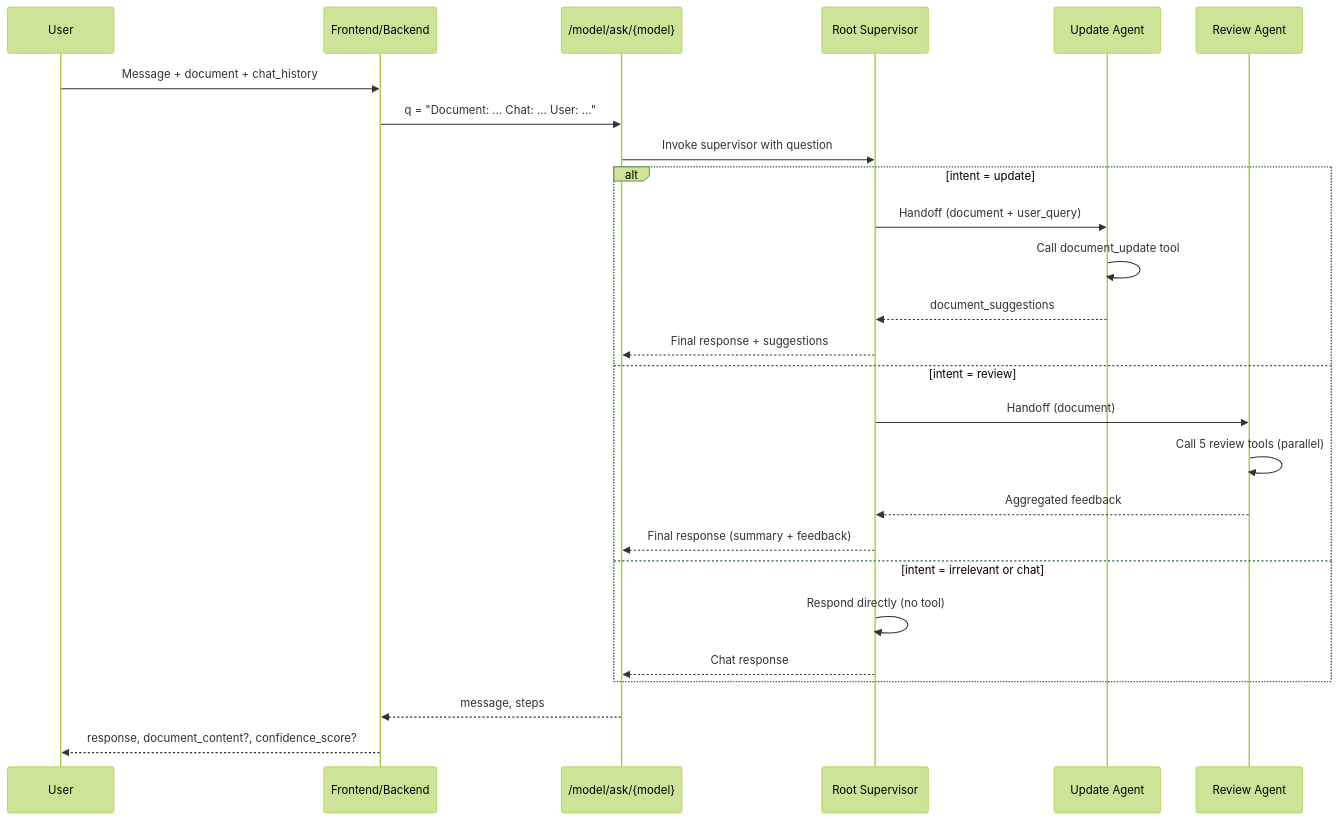
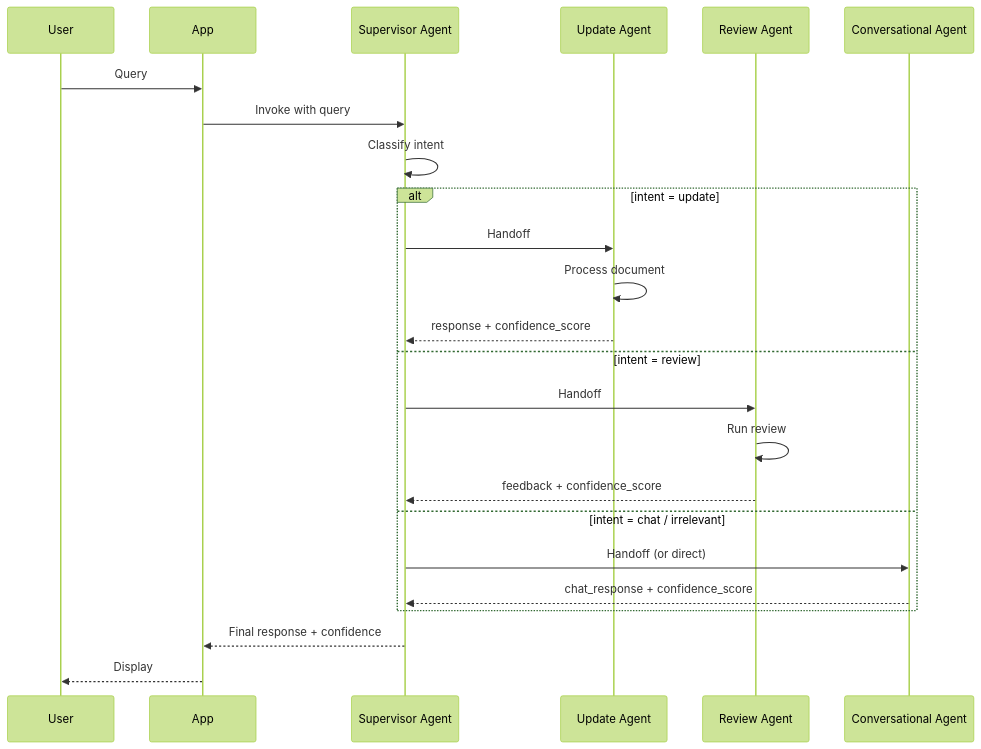
The sixth of 7 diagrams in mermaid-imp.md (Harsha-Reddy21/multi-agent-idea-generator), drawn with Mermaid (forest theme) before and after one commit. The commit also changed other lines of this file, not shown here.

Commit message:
Mermaid final

````diff
--- a/mermaid-imp.md
+++ b/mermaid-imp.md
@@ -66,32 +164,30 @@
 ```mermaid
 sequenceDiagram
     participant User
-    participant App as Frontend/Backend
-    participant Cortex as /model/ask/{model}
-    participant Sup as Root Supervisor
+    participant App
+    participant Sup as Supervisor Agent
     participant Upd as Update Agent
     participant Rev as Review Agent
+    participant Conv as Conversational Agent
     
-    User->>App: Message + document + chat_history
-    App->>Cortex: q = "Document: ... Chat: ... User: ..."
+    User->>App: Query
+    App->>Sup: Invoke with query
     
-    Cortex->>Sup: Invoke supervisor with question
+    Sup->>Sup: Classify intent
     
     alt intent = update
-        Sup->>Upd: Handoff (document + user_query)
-        Upd->>Upd: Call document_update tool
-        Upd-->>Sup: document_suggestions
-        Sup-->>Cortex: Final response + suggestions
+        Sup->>Upd: Handoff
+        Upd->>Upd: Process document
+        Upd-->>Sup: response + confidence_score
     else intent = review
-        Sup->>Rev: Handoff (document)
-        Rev->>Rev: Call 5 review tools (parallel)
-        Rev-->>Sup: Aggregated feedback
-        Sup-->>Cortex: Final response (summary + feedback)
-    else intent = irrelevant or chat
-        Sup->>Sup: Respond directly (no tool)
-        Sup-->>Cortex: Chat response
+        Sup->>Rev: Handoff
+        Rev->>Rev: Run review
+        Rev-->>Sup: feedback + confidence_score
+    else intent = chat / irrelevant
+        Sup->>Conv: Handoff (or direct)
+        Conv-->>Sup: chat_response + confidence_score
     end
     
-    Cortex-->>App: message, steps
-    App-->>User: response, document_content?, confidence_score?
+    Sup-->>App: Final response + confidence
+    App-->>User: Display
 ```
````
